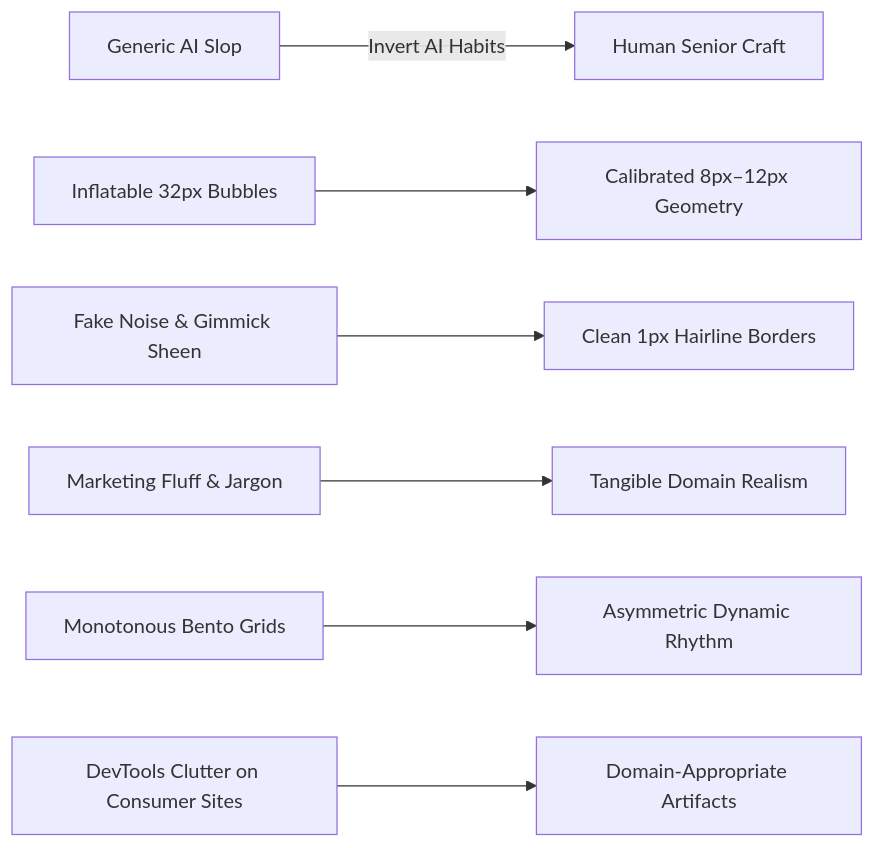
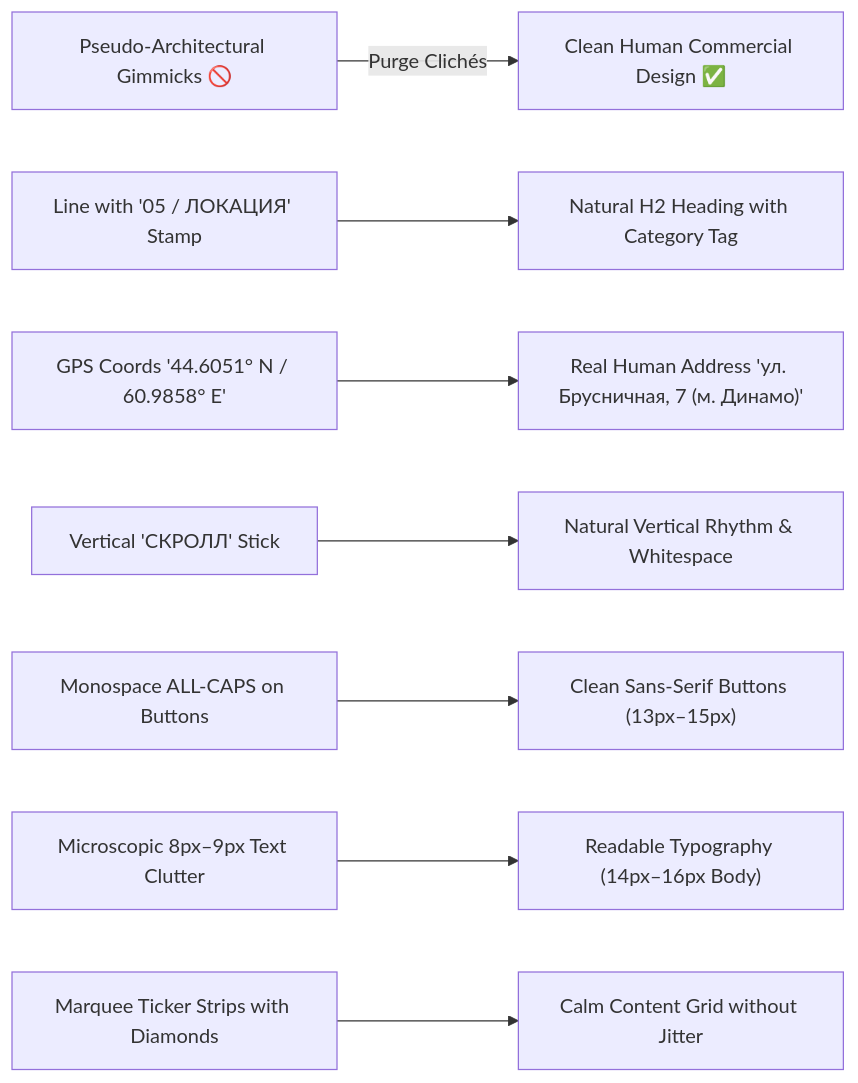
Before and after one commit to Radomir-Aksenenko/ultimate-anti-ai-ui-slop: the second of 2 diagrams in SKILL.md, drawn with Mermaid. The commit also changed other lines of this file and 2 other files, not shown here.

Commit message:
feat(system): v12.0 Pure Commercial Human Craft (eradicate pseudo-architectural line stamps, GPS coords, vertical scroll sticks, and monospace buttons)

````diff
--- a/SKILL.md
+++ b/SKILL.md
@@ -109,9 +45,10 @@
 ```mermaid
 graph LR
-  A["Generic AI Slop"] -->|"Invert AI Habits"| B["Human Senior Craft"]
-  A1["Inflatable 32px Bubbles"] --> B1["Calibrated 8px–12px Geometry"]
-  A2["Fake Noise & Gimmick Sheen"] --> B2["Clean 1px Hairline Borders"]
-  A3["Marketing Fluff & Jargon"] --> B3["Tangible Domain Realism"]
-  A4["Monotonous Bento Grids"] --> B4["Asymmetric Dynamic Rhythm"]
-  A5["DevTools Clutter on Consumer Sites"] --> B5["Domain-Appropriate Artifacts"]
+  A["Pseudo-Architectural Gimmicks 🚫"] -->|"Purge Clichés"| B["Clean Human Commercial Design ✅"]
+  A1["Line with '05 / ЛОКАЦИЯ' Stamp"] --> B1["Natural H2 Heading with Category Tag"]
+  A2["GPS Coords '44.6051° N / 60.9858° E'"] --> B2["Real Human Address 'ул. Брусничная, 7 (м. Динамо)'"]
+  A3["Vertical 'СКРОЛЛ' Stick"] --> B3["Natural Vertical Rhythm & Whitespace"]
+  A4["Monospace ALL-CAPS on Buttons"] --> B4["Clean Sans-Serif Buttons (13px–15px)"]
+  A5["Microscopic 8px–9px Text Clutter"] --> B5["Readable Typography (14px–16px Body)"]
+  A6["Marquee Ticker Strips with Diamonds"] --> B6["Calm Content Grid without Jitter"]
 ```
````
